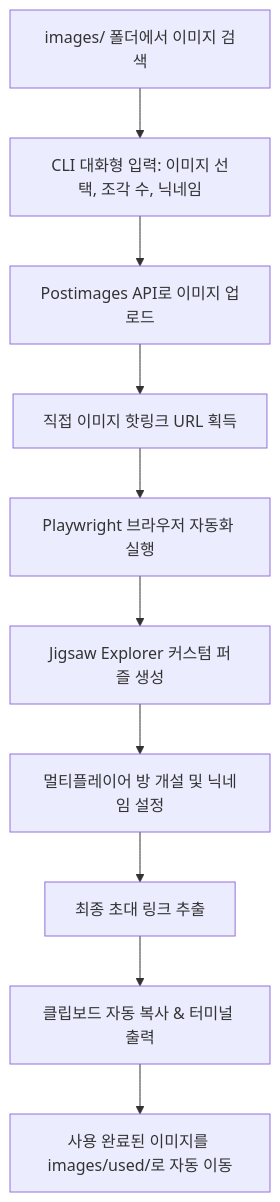
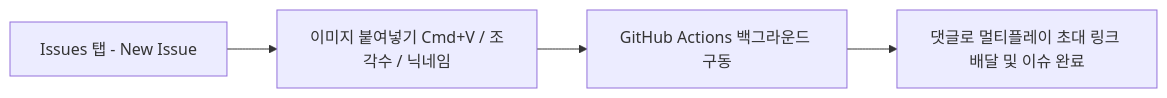
One commit to SuperLeeK/AutoJigsawPuzzle changed the first of 2 diagrams in README.md. Above: the diagram before and after it, drawn with Mermaid. The commit also changed other lines of this file and 2 other files, not shown here.

Commit message:
feat: keep issue open, update title wording, and allow custom issue titles

````diff
--- a/README.md
+++ b/README.md
@@ -31,12 +17,6 @@
 ```mermaid
-flowchart TD
-    A[images/ 폴더에서 이미지 검색] --> B[CLI 대화형 입력: 이미지 선택, 조각 수, 닉네임]
-    B --> C[Postimages API로 이미지 업로드]
-    C --> D[직접 이미지 핫링크 URL 획득]
-    D --> E[Playwright 브라우저 자동화 실행]
-    E --> F[Jigsaw Explorer 커스텀 퍼즐 생성]
-    F --> G[멀티플레이어 방 개설 및 닉네임 설정]
-    G --> H[최종 초대 링크 추출]
-    H --> I[클립보드 자동 복사 & 터미널 출력]
-    I --> J[사용 완료된 이미지를 images/used/로 자동 이동]
+flowchart LR
+    A[Issues 탭 - New Issue] --> B[이미지 붙여넣기 Cmd+V / 조각수 / 닉네임]
+    B --> C[GitHub Actions 백그라운드 구동]
+    C --> D[댓글로 멀티플레이 초대 링크 배달 및 이슈 완료]
 ```
````
